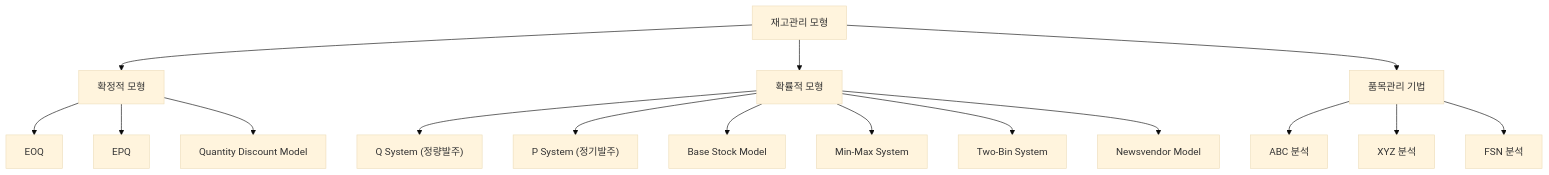
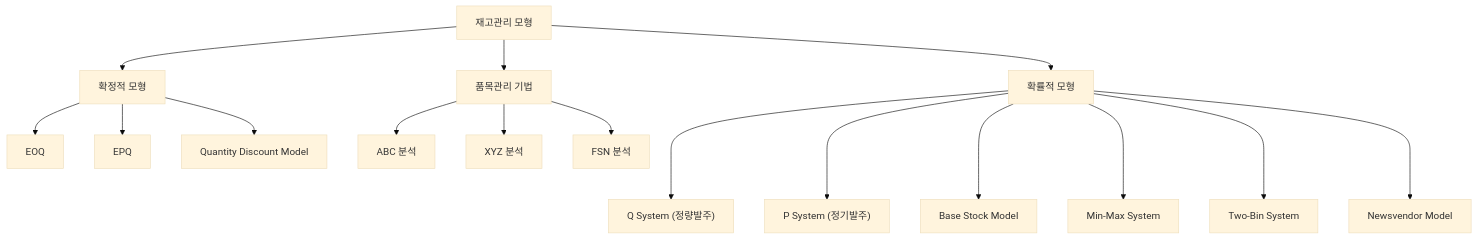
One commit to yeonkyupark/pepc3e changed the fourth of 4 diagrams in docs/0204_logistics_material_and_inventory_management.md. Above: the diagram before and after it, drawn with Mermaid (base theme).

Commit message:
Fix formatting of C system models in documentation

````diff
--- a/docs/0204_logistics_material_and_inventory_management.md
+++ b/docs/0204_logistics_material_and_inventory_management.md
@@ -354,24 +354,24 @@
 ```mermaid
 flowchart TB
 
     A["재고관리 모형"]
 
     A --> B["확정적 모형"]
     A --> C["확률적 모형"]
     A --> D["품목관리 기법"]
 
     B --> B1["EOQ"]
     B --> B2["EPQ"]
     B --> B3["Quantity Discount Model"]
 
-    C --> C1["Q System (정량발주)"]
-    C --> C2["P System (정기발주)"]
-    C --> C3["Base Stock Model"]
-    C --> C4["Min-Max System"]
-    C --> C5["Two-Bin System"]
-    C --> C6["Newsvendor Model"]
+    C ---> C1["Q System (정량발주)"]
+    C ---> C2["P System (정기발주)"]
+    C ---> C3["Base Stock Model"]
+    C ---> C4["Min-Max System"]
+    C ---> C5["Two-Bin System"]
+    C ---> C6["Newsvendor Model"]
 
     D --> D1["ABC 분석"]
     D --> D2["XYZ 분석"]
     D --> D3["FSN 분석"]
 ```
````
